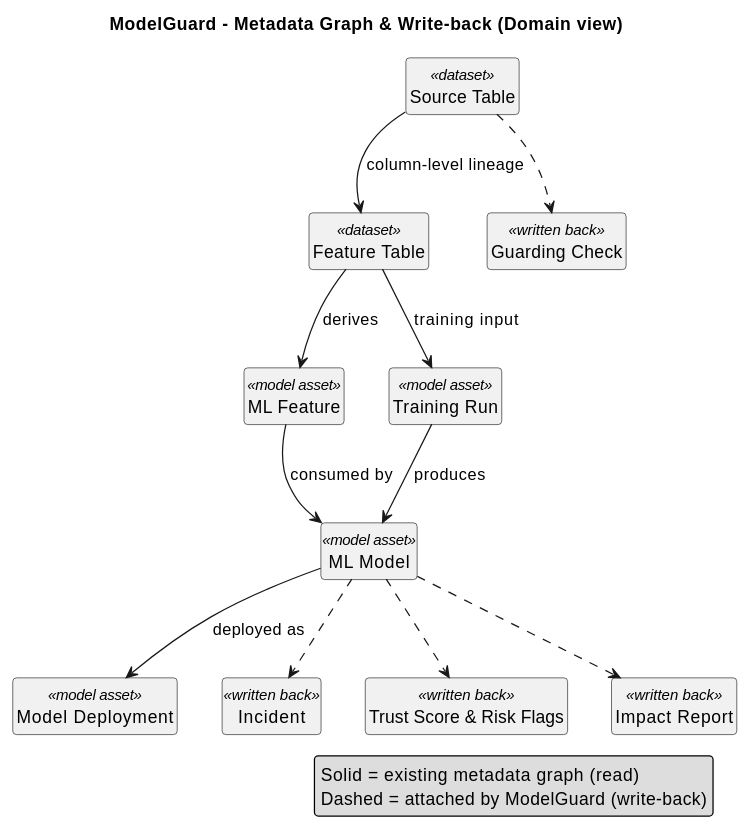
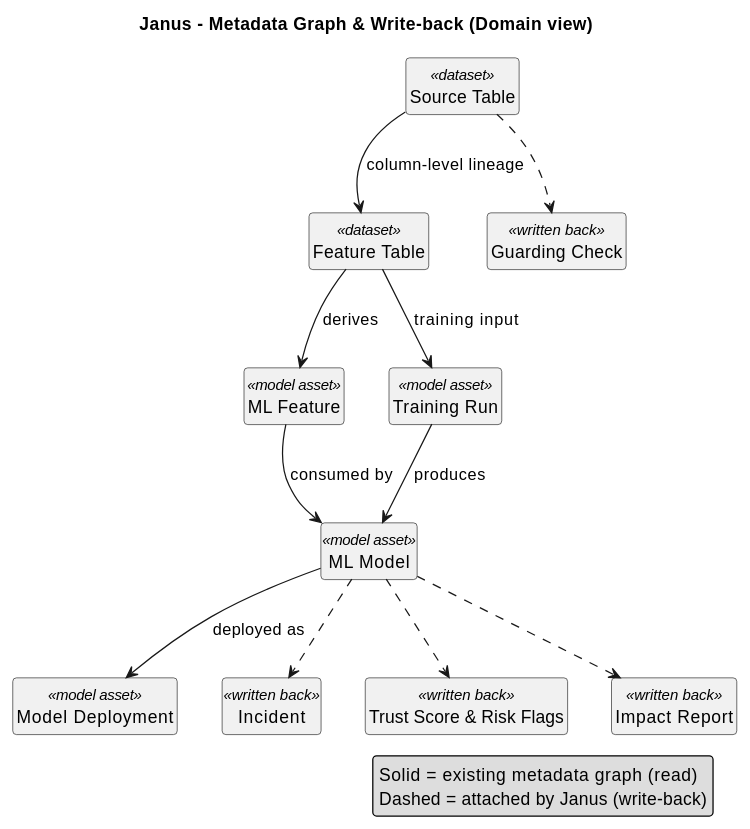
One commit to Ahmedxsaad/Janus changed the fourth of 5 diagrams in docs/plan/architecture.md. Above: the diagram before and after it, drawn with PlantUML. The commit also changed other lines of this file and 338 other files, not shown here.

````diff
--- a/docs/plan/architecture.md
+++ b/docs/plan/architecture.md
@@ -239,39 +239,39 @@
 ```plantuml
 @startuml
-title ModelGuard - Metadata Graph & Write-back (Domain view)
+title Janus - Metadata Graph & Write-back (Domain view)
 skinparam shadowing false
 skinparam roundcorner 6
 skinparam defaultFontName "Helvetica"
 hide empty members
 hide circle
 
 class "Source Table" as ST <<dataset>>
 class "Feature Table" as FT <<dataset>>
 class "ML Feature" as F <<model asset>>
 class "Training Run" as TR <<model asset>>
 class "ML Model" as M <<model asset>>
 class "Model Deployment" as DEP <<model asset>>
 
 ST --> FT : column-level lineage
 FT --> F : derives
 FT --> TR : training input
 F --> M : consumed by
 TR --> M : produces
 M --> DEP : deployed as
 
 class "Incident" as I <<written back>>
 class "Trust Score & Risk Flags" as RS <<written back>>
 class "Impact Report" as DOC <<written back>>
 class "Guarding Check" as AS <<written back>>
 
 M ..> I
 M ..> RS
 M ..> DOC
 ST ..> AS
 
 legend right
   Solid  = existing metadata graph (read)
-  Dashed = attached by ModelGuard (write-back)
+  Dashed = attached by Janus (write-back)
 endlegend
 @enduml
 ```
````
